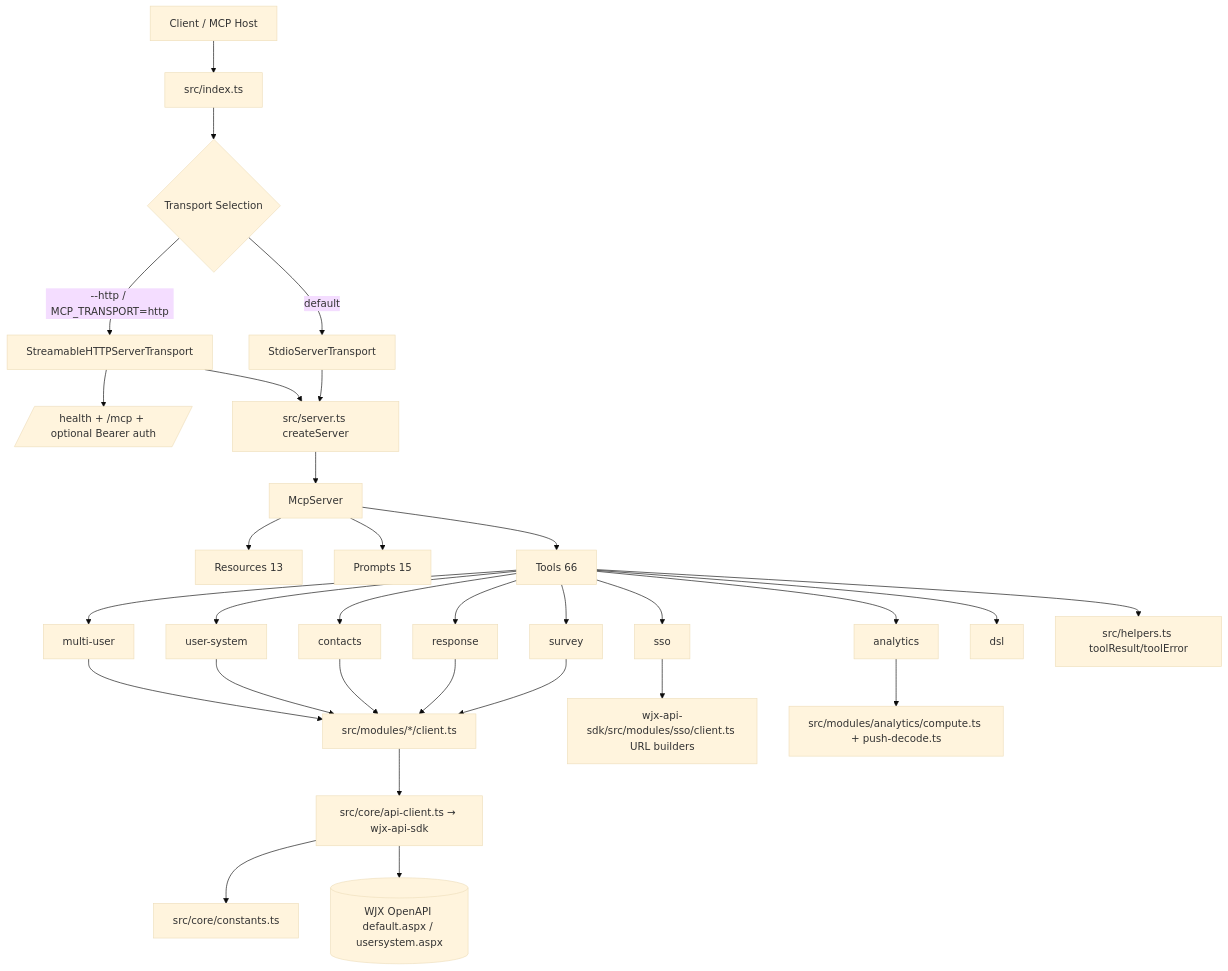
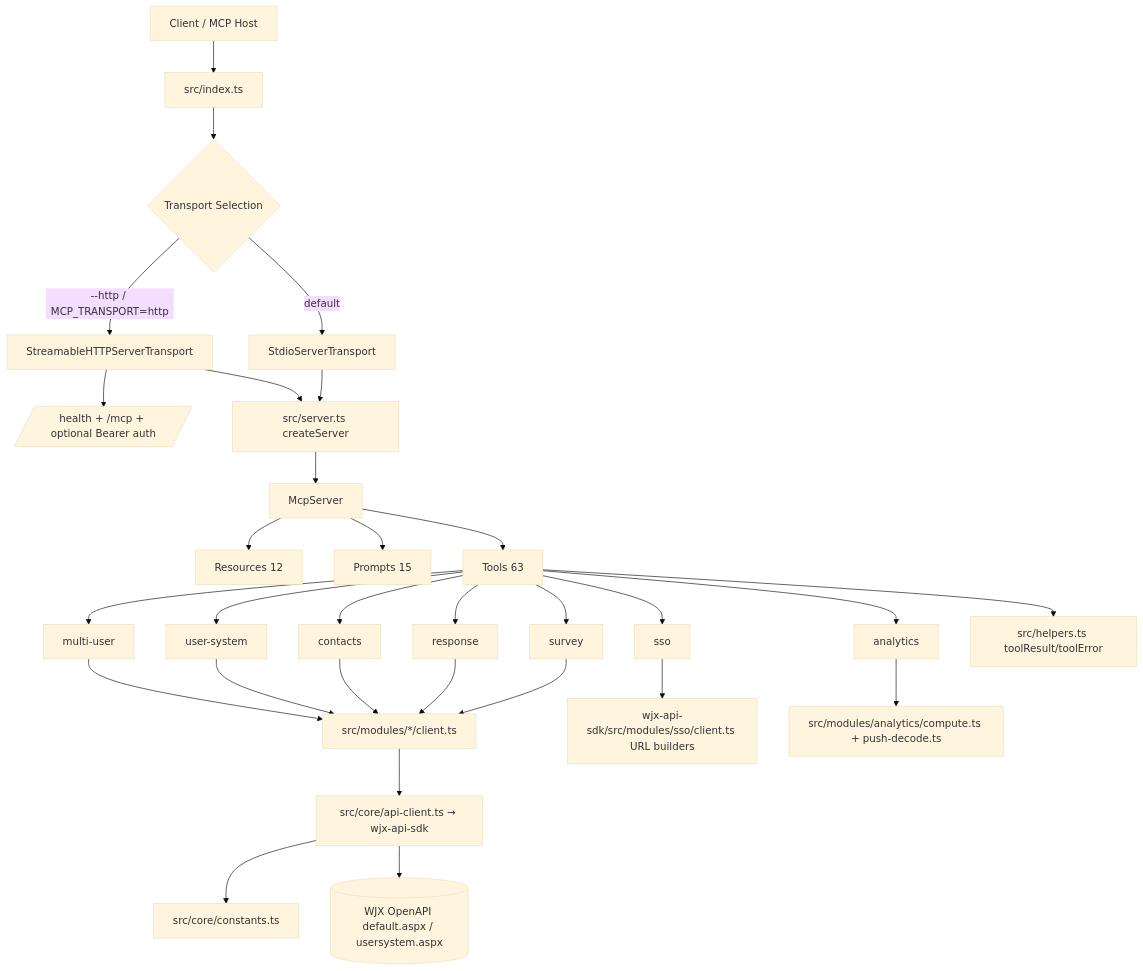
One commit to wjxcom/wjx-ai-kit changed the diagram in wjx-mcp-server/docs/architecture.md. Above: the diagram before and after it, drawn with Mermaid (base theme). The commit also changed other lines of this file and 57 other files, not shown here.

````diff
--- a/wjx-mcp-server/docs/architecture.md
+++ b/wjx-mcp-server/docs/architecture.md
@@ -18,38 +18,37 @@
 ```mermaid
 flowchart TD
     A[Client / MCP Host] --> B[src/index.ts]
     B --> C{Transport Selection}
     C -->|default| D[StdioServerTransport]
     C -->|--http / MCP_TRANSPORT=http| E[StreamableHTTPServerTransport]
     E --> E1[/health + /mcp + optional Bearer auth/]
 
     D --> F[src/server.ts createServer]
     E --> F
 
     F --> G[McpServer]
-    G --> H[Resources 13]
+    G --> H[Resources 12]
     G --> I[Prompts 15]
-    G --> J[Tools 66]
+    G --> J[Tools 63]
 
     J --> M1[survey]
     J --> M2[response]
     J --> M3[contacts]
     J --> M4[user-system]
     J --> M5[multi-user]
     J --> M6[sso]
     J --> M7[analytics]
-    J --> M8[dsl]
 
     M1 --> N1[src/modules/*/client.ts]
     M2 --> N1
     M3 --> N1
     M4 --> N1
     M5 --> N1
     N1 --> O[src/core/api-client.ts → wjx-api-sdk]
     O --> Q[src/core/constants.ts]
     O --> R[(WJX OpenAPI default.aspx / usersystem.aspx)]
 
     M6 --> S[wjx-api-sdk/src/modules/sso/client.ts URL builders]
     M7 --> T[src/modules/analytics/compute.ts + push-decode.ts]
     J --> U[src/helpers.ts toolResult/toolError]
 ```
````
